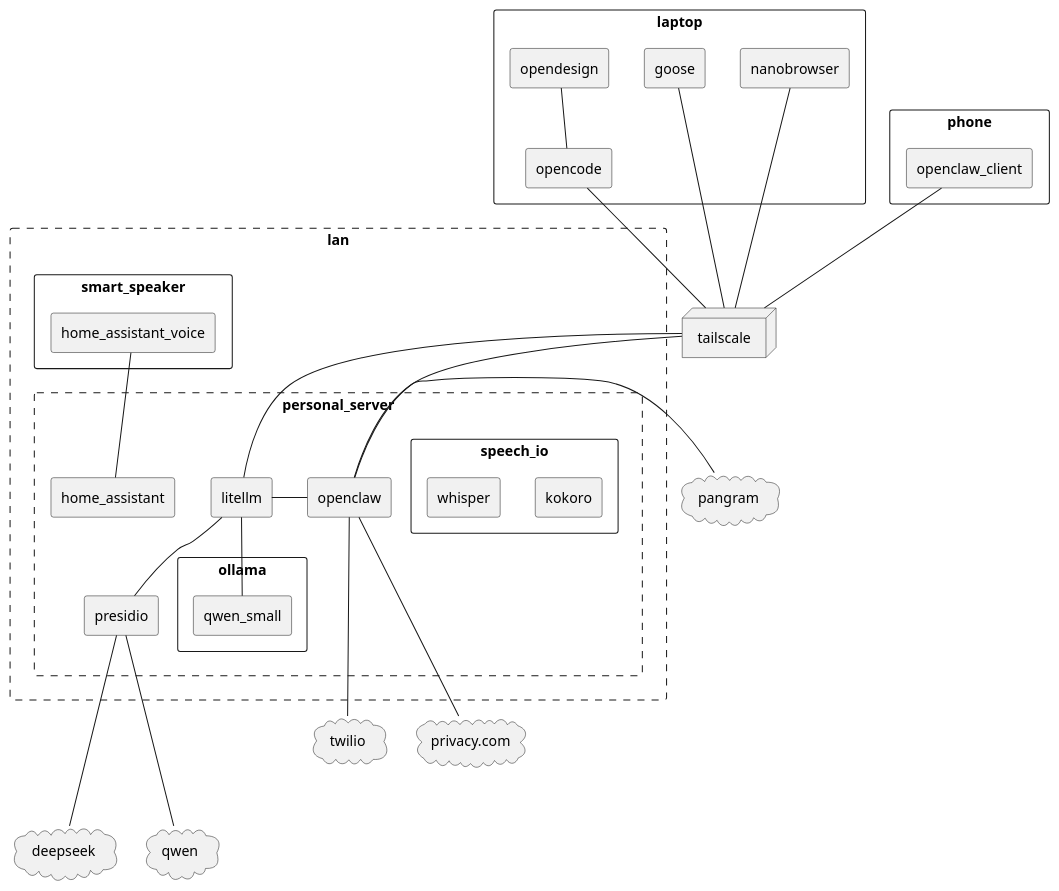
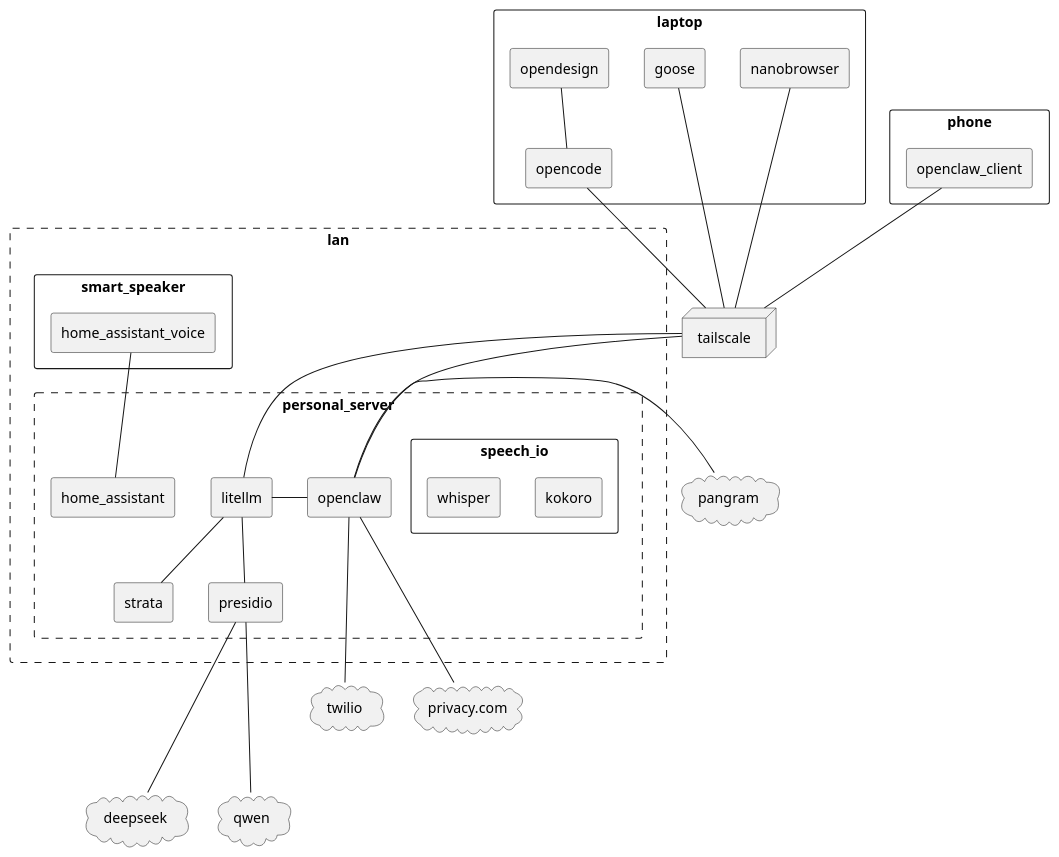
One commit to joenarvaez/negotium changed the first of 6 diagrams in readme.md. Above: the diagram before and after it, drawn with PlantUML. The commit also changed other lines of this file and 15 other files, not shown here.

````diff
--- a/readme.md
+++ b/readme.md
@@ -7,58 +7,56 @@
 ```plantuml
 cloud twilio
 cloud deepseek
 cloud qwen
 cloud privacy.com
 cloud pangram
 node tailscale
 rectangle laptop {
     rectangle goose
     rectangle nanobrowser
     rectangle opencode
     rectangle nanobrowser
     rectangle opendesign
 }
 
 
 
 rectangle phone {
     rectangle openclaw_client
 }
 rectangle lan #line.dashed {
     rectangle smart_speaker {
         rectangle home_assistant_voice
     }
     rectangle personal_server #line.dashed {
-        rectangle ollama {
-            rectangle qwen_small
-        }
+        rectangle strata
         rectangle openclaw
         rectangle presidio
         rectangle speech_io {
             rectangle kokoro
             rectangle whisper
         }
         rectangle home_assistant
         rectangle litellm
     }
 
 }
 
 goose -d- tailscale
 nanobrowser -d- tailscale
 opendesign -d- opencode
 opencode -d- tailscale
 openclaw_client -d- tailscale
 tailscale -d- openclaw
 tailscale -d- litellm
 litellm -d- presidio
 litellm - openclaw
-litellm -- qwen_small
+litellm -- strata
 presidio --d- deepseek
 presidio --d- qwen
 openclaw -d-- twilio
 openclaw -d-- privacy.com
 openclaw - pangram
 home_assistant_voice -d- home_assistant
 
 ```
````
